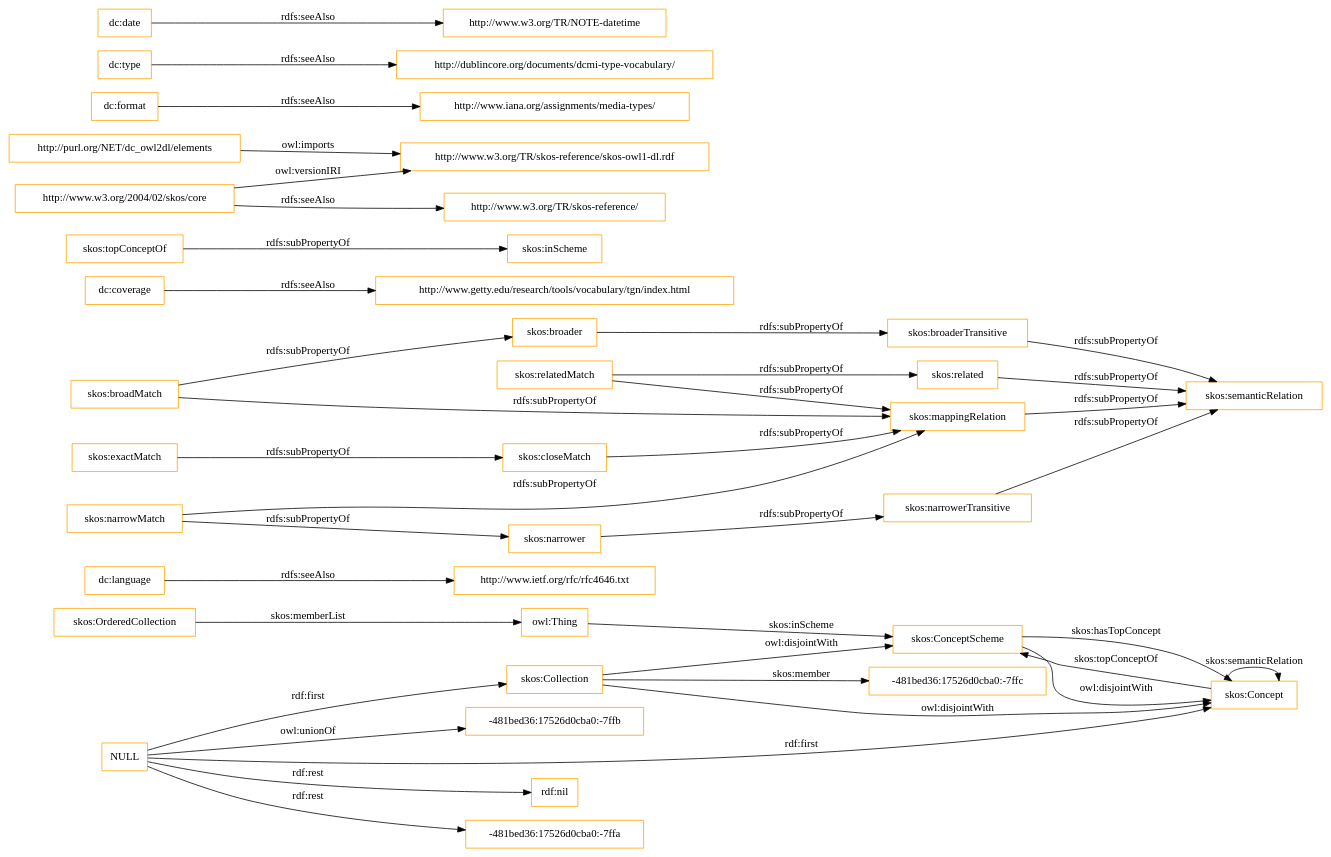
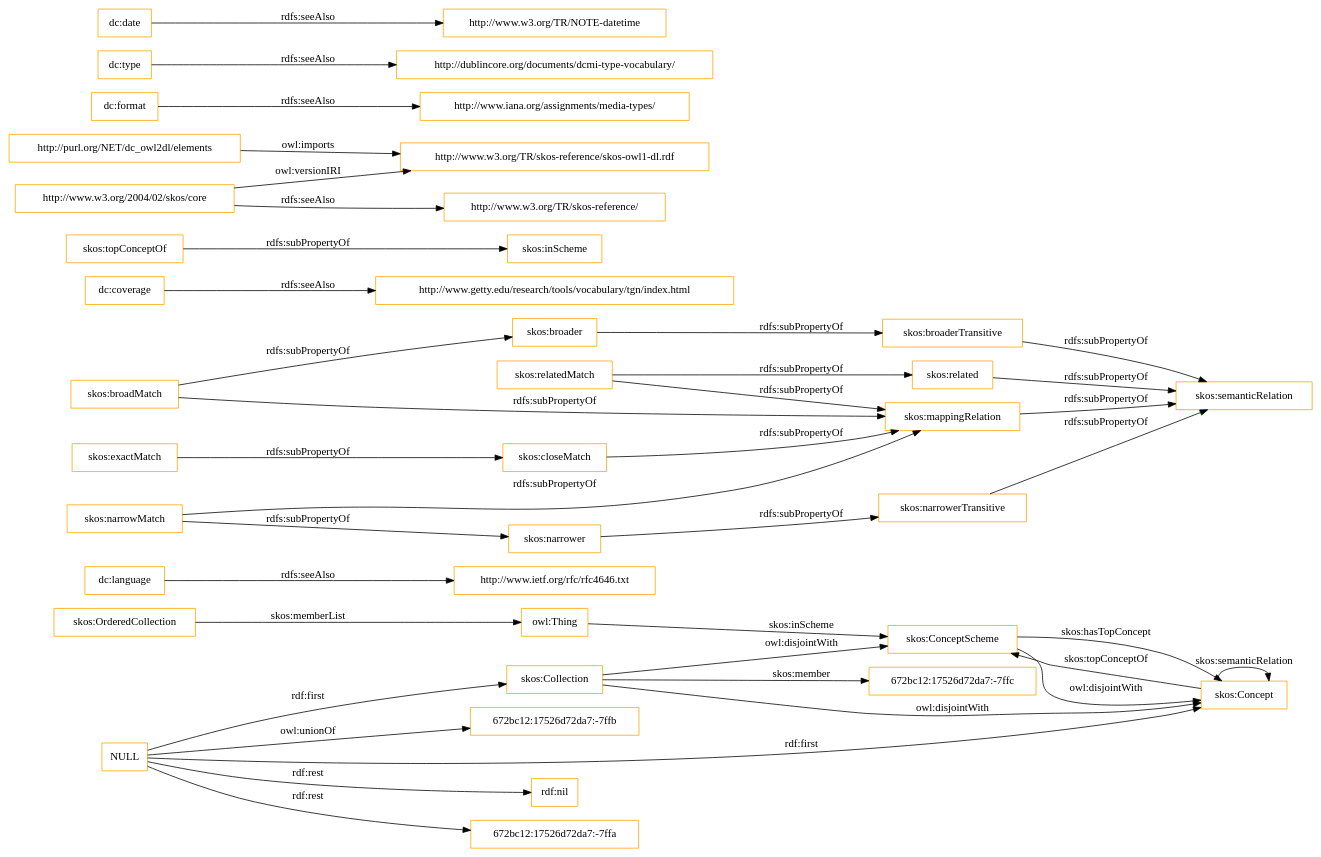
Before and after one commit to OnToologyUser/core-ontology-1: the diagram in OnToology/imports/elements.owl/diagrams/ar2dtool-class/elements.owl.png.dot, drawn with Graphviz. The commit also changed 14 other files, not shown here.

```diff
--- a/OnToology/imports/elements.owl/diagrams/ar2dtool-class/elements.owl.png.dot
+++ b/OnToology/imports/elements.owl/diagrams/ar2dtool-class/elements.owl.png.dot
@@ -1,43 +1,43 @@
 digraph ar2dtool_diagram { 
 rankdir=LR;
 size="1501"
-node [shape = rectangle, color="orange"]; "-481bed36:17526d0cba0:-7ffc" "skos:OrderedCollection" "skos:Collection" "skos:ConceptScheme" "skos:Concept" ; /*classes style*/
+node [shape = rectangle, color="orange"]; "672bc12:17526d72da7:-7ffc" "skos:OrderedCollection" "skos:Collection" "skos:ConceptScheme" "skos:Concept" ; /*classes style*/
 	"dc:language" -> "http://www.ietf.org/rfc/rfc4646.txt" [ label = "rdfs:seeAlso" ];
 	"NULL" -> "rdf:nil" [ label = "rdf:rest" ];
 	"NULL" -> "skos:Collection" [ label = "rdf:first" ];
-	"NULL" -> "-481bed36:17526d0cba0:-7ffa" [ label = "rdf:rest" ];
+	"NULL" -> "672bc12:17526d72da7:-7ffa" [ label = "rdf:rest" ];
 	"NULL" -> "skos:Concept" [ label = "rdf:first" ];
-	"NULL" -> "-481bed36:17526d0cba0:-7ffb" [ label = "owl:unionOf" ];
+	"NULL" -> "672bc12:17526d72da7:-7ffb" [ label = "owl:unionOf" ];
 	"skos:closeMatch" -> "skos:mappingRelation" [ label = "rdfs:subPropertyOf" ];
 	"dc:coverage" -> "http://www.getty.edu/research/tools/vocabulary/tgn/index.html" [ label = "rdfs:seeAlso" ];
 	"skos:relatedMatch" -> "skos:related" [ label = "rdfs:subPropertyOf" ];
 	"skos:relatedMatch" -> "skos:mappingRelation" [ label = "rdfs:subPropertyOf" ];
 	"skos:ConceptScheme" -> "skos:Concept" [ label = "owl:disjointWith" ];
 	"skos:related" -> "skos:semanticRelation" [ label = "rdfs:subPropertyOf" ];
 	"skos:topConceptOf" -> "skos:inScheme" [ label = "rdfs:subPropertyOf" ];
 	"skos:broadMatch" -> "skos:broader" [ label = "rdfs:subPropertyOf" ];
 	"skos:broadMatch" -> "skos:mappingRelation" [ label = "rdfs:subPropertyOf" ];
 	"http://purl.org/NET/dc_owl2dl/elements" -> "http://www.w3.org/TR/skos-reference/skos-owl1-dl.rdf" [ label = "owl:imports" ];
 	"skos:exactMatch" -> "skos:closeMatch" [ label = "rdfs:subPropertyOf" ];
 	"dc:format" -> "http://www.iana.org/assignments/media-types/" [ label = "rdfs:seeAlso" ];
 	"skos:broaderTransitive" -> "skos:semanticRelation" [ label = "rdfs:subPropertyOf" ];
 	"dc:type" -> "http://dublincore.org/documents/dcmi-type-vocabulary/" [ label = "rdfs:seeAlso" ];
 	"skos:broader" -> "skos:broaderTransitive" [ label = "rdfs:subPropertyOf" ];
 	"skos:mappingRelation" -> "skos:semanticRelation" [ label = "rdfs:subPropertyOf" ];
 	"http://www.w3.org/2004/02/skos/core" -> "http://www.w3.org/TR/skos-reference/skos-owl1-dl.rdf" [ label = "owl:versionIRI" ];
 	"http://www.w3.org/2004/02/skos/core" -> "http://www.w3.org/TR/skos-reference/" [ label = "rdfs:seeAlso" ];
 	"skos:Collection" -> "skos:ConceptScheme" [ label = "owl:disjointWith" ];
 	"skos:Collection" -> "skos:Concept" [ label = "owl:disjointWith" ];
 	"skos:narrowMatch" -> "skos:narrower" [ label = "rdfs:subPropertyOf" ];
 	"skos:narrowMatch" -> "skos:mappingRelation" [ label = "rdfs:subPropertyOf" ];
 	"skos:narrower" -> "skos:narrowerTransitive" [ label = "rdfs:subPropertyOf" ];
 	"dc:date" -> "http://www.w3.org/TR/NOTE-datetime" [ label = "rdfs:seeAlso" ];
 	"skos:narrowerTransitive" -> "skos:semanticRelation" [ label = "rdfs:subPropertyOf" ];
 	"skos:OrderedCollection" -> "owl:Thing" [ label = "skos:memberList" ];
 	"skos:Concept" -> "skos:ConceptScheme" [ label = "skos:topConceptOf" ];
 	"skos:Concept" -> "skos:Concept" [ label = "skos:semanticRelation" ];
-	"skos:Collection" -> "-481bed36:17526d0cba0:-7ffc" [ label = "skos:member" ];
+	"skos:Collection" -> "672bc12:17526d72da7:-7ffc" [ label = "skos:member" ];
 	"skos:ConceptScheme" -> "skos:Concept" [ label = "skos:hasTopConcept" ];
 	"owl:Thing" -> "skos:ConceptScheme" [ label = "skos:inScheme" ];
 
 }
```
